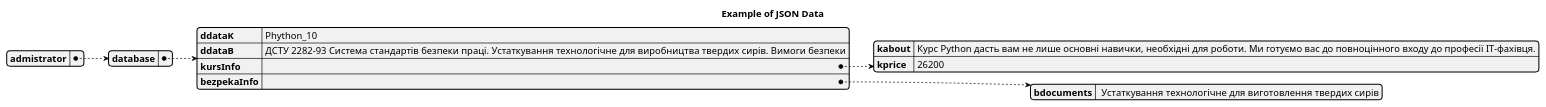
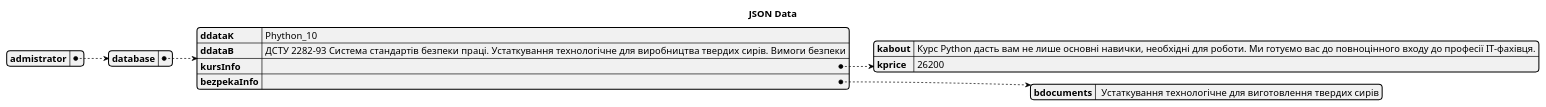
The diagram in 2-SoftwareDesign/2.7-PlantUML/DataModel.puml (oleksandrblazhko/ai204-palona), drawn with PlantUML before and after one commit.

```diff
--- a/2-SoftwareDesign/2.7-PlantUML/DataModel.puml
+++ b/2-SoftwareDesign/2.7-PlantUML/DataModel.puml
@@ -1,21 +1,21 @@
 @startjson
 
-title Example of JSON Data
+title JSON Data
 
 { "admistrator":
 		{
 			"database": {
         "ddataK": "Phython_10",
         "ddataB": "ДСТУ 2282-93 Система стандартів безпеки праці. Устаткування технологічне для виробництва твердих сирів. Вимоги безпеки",
         "kursInfo":{
           "kabout":"Курс Python дасть вам не лише основні навички, необхідні для роботи. Ми готуємо вас до повноцінного входу до професії IT-фахівця.",
           "kprice": "26200"
         },
         "bezpekaInfo":{
           "bdocuments":" Устаткування технологічне для виготовлення твердих сирів"
         }
       }
 		}
 }
 
 @endjson
```
